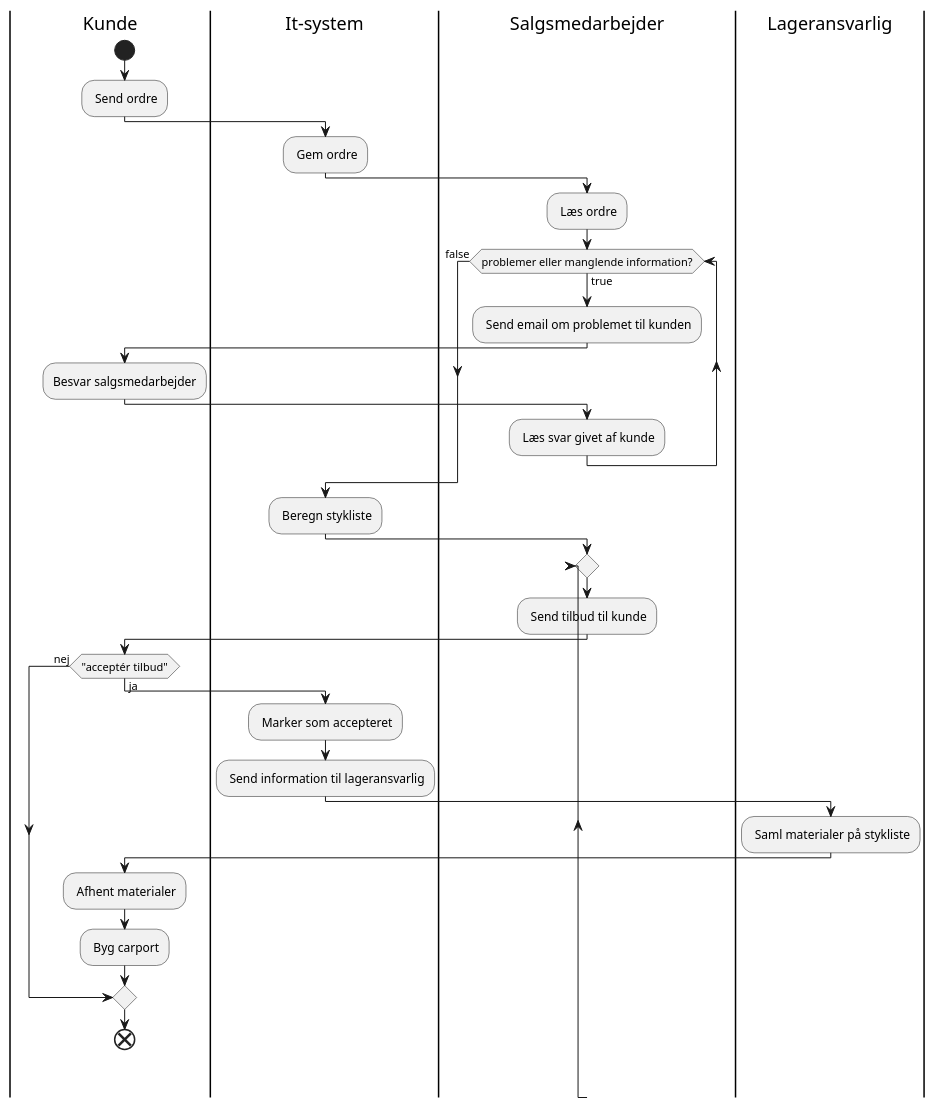
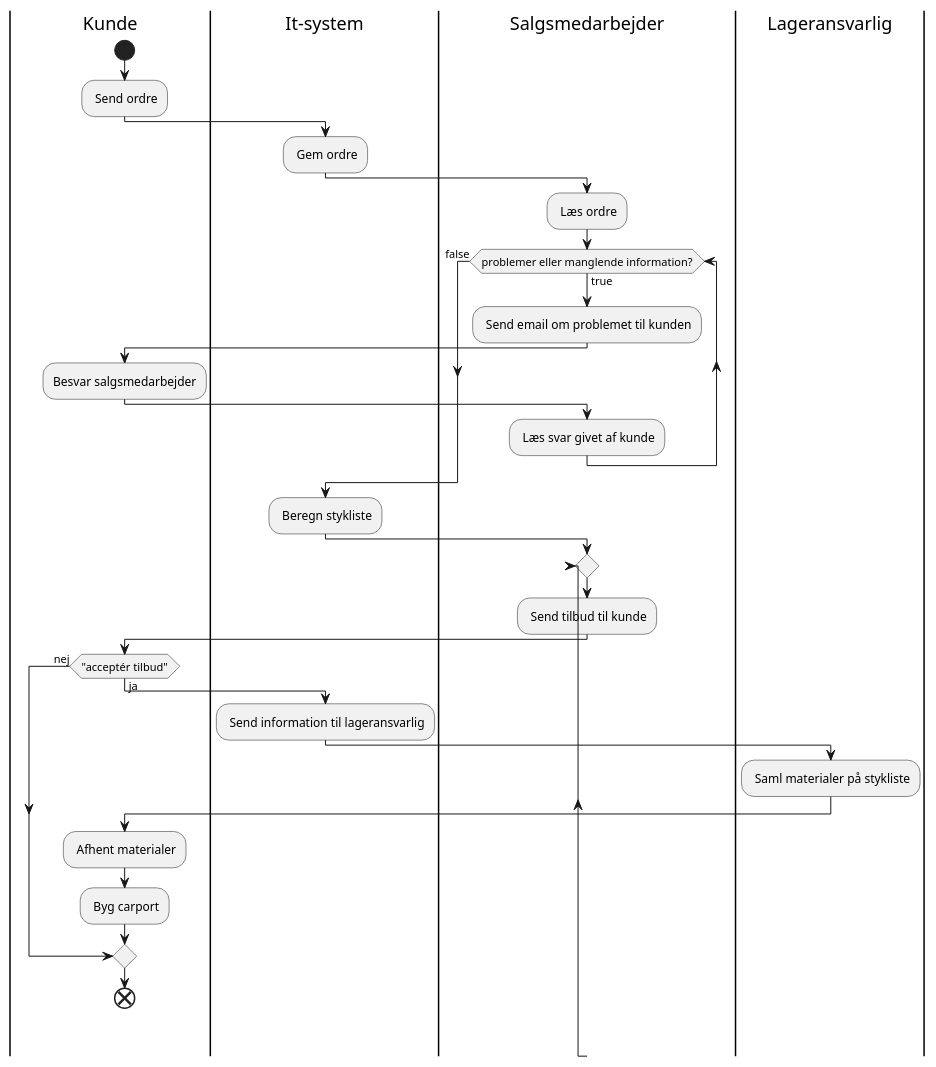
The diagram in documentation/to_be_activity.puml (Thomas-Rosenkrans-Vestergaard/fog), drawn with PlantUML before and after one commit. The commit also changed 1 other file, not shown here.

Commit message:
update activity diagrams

```diff
--- a/documentation/to_be_activity.puml
+++ b/documentation/to_be_activity.puml
@@ -1,35 +1,34 @@
 @startuml
 
 |Kunde|
 start
 : Send ordre;
 |It-system|
 : Gem ordre;
 |Salgsmedarbejder|
 : Læs ordre;
 while (problemer eller manglende information?) is (true)
     : Send email om problemet til kunden;
     |Kunde|
     :Besvar salgsmedarbejder;
     |Salgsmedarbejder|
     : Læs svar givet af kunde;
 endwhile (false)
 |It-system|
 : Beregn stykliste;
 |Salgsmedarbejder|
 repeat
 : Send tilbud til kunde;
 |Kunde|
 if ("acceptér tilbud") then (ja)
 |It-system|
-: Marker som accepteret;
 : Send information til lageransvarlig;
 |Lageransvarlig|
 : Saml materialer på stykliste;
 |Kunde|
 : Afhent materialer;
 : Byg carport;
 else (nej)
 endif
 end
 @enduml
```
